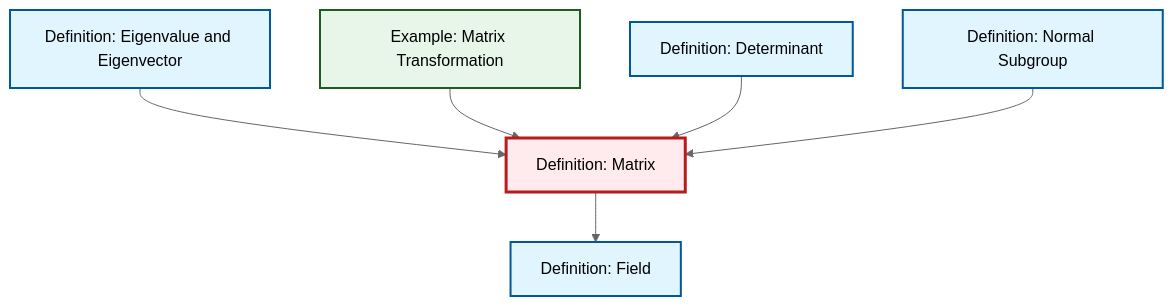
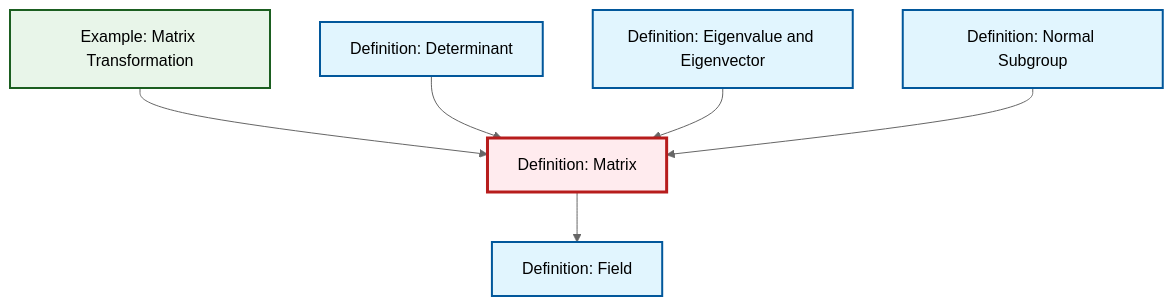
The diagram in content/en/algebra/def-matrix.qmd (RK0429/ModernMath), drawn with Mermaid (neutral theme) before and after one commit. The commit also changed other lines of this file and 1069 other files, not shown here.

````diff
--- a/content/en/algebra/def-matrix.qmd
+++ b/content/en/algebra/def-matrix.qmd
@@ -59,26 +59,26 @@
 ```{mermaid}
 %%| fig-cap: "Local dependency graph"
 graph TD
     classDef definition fill:#e1f5fe,stroke:#01579b,stroke-width:2px
     classDef theorem fill:#f3e5f5,stroke:#4a148c,stroke-width:2px
     classDef axiom fill:#fff3e0,stroke:#e65100,stroke-width:2px
     classDef example fill:#e8f5e9,stroke:#1b5e20,stroke-width:2px
     classDef current fill:#ffebee,stroke:#b71c1c,stroke-width:3px
+    def-determinant["Definition: Determinant"]:::definition
     ex-matrix-transformation["Example: Matrix Transformation"]:::example
+    def-eigenvalue-eigenvector["Definition: Eigenvalue and Eigenvector"]:::definition
+    def-normal-subgroup["Definition: Normal Subgroup"]:::definition
     def-field["Definition: Field"]:::definition
     def-matrix["Definition: Matrix"]:::definition
-    def-determinant["Definition: Determinant"]:::definition
-    def-eigenvalue-eigenvector["Definition: Eigenvalue and Eigenvector"]:::definition
-    def-normal-subgroup["Definition: Normal Subgroup"]:::definition
+    ex-matrix-transformation --> def-matrix
+    def-matrix --> def-field
+    def-determinant --> def-matrix
     def-eigenvalue-eigenvector --> def-matrix
-    def-matrix --> def-field
-    ex-matrix-transformation --> def-matrix
-    def-determinant --> def-matrix
     def-normal-subgroup --> def-matrix
     class def-matrix current
+    click def-determinant "def-determinant.html" "Go to Determinant definition"
     click ex-matrix-transformation "ex-matrix-transformation.html" "Go to Matrix Transformation example"
-    click def-field "def-field.html" "Go to Field definition"
-    click def-determinant "def-determinant.html" "Go to Determinant definition"
     click def-eigenvalue-eigenvector "def-eigenvalue-eigenvector.html" "Go to Eigenvalue and Eigenvector definition"
     click def-normal-subgroup "def-normal-subgroup.html" "Go to Normal Subgroup definition"
+    click def-field "def-field.html" "Go to Field definition"
 ```
````
